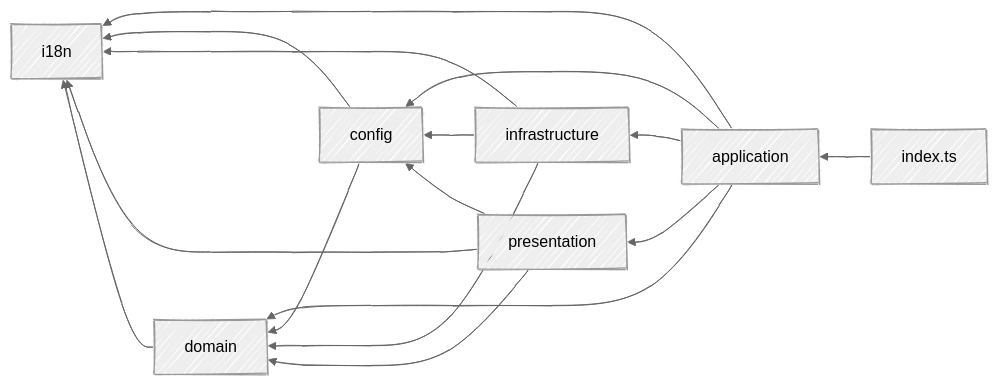
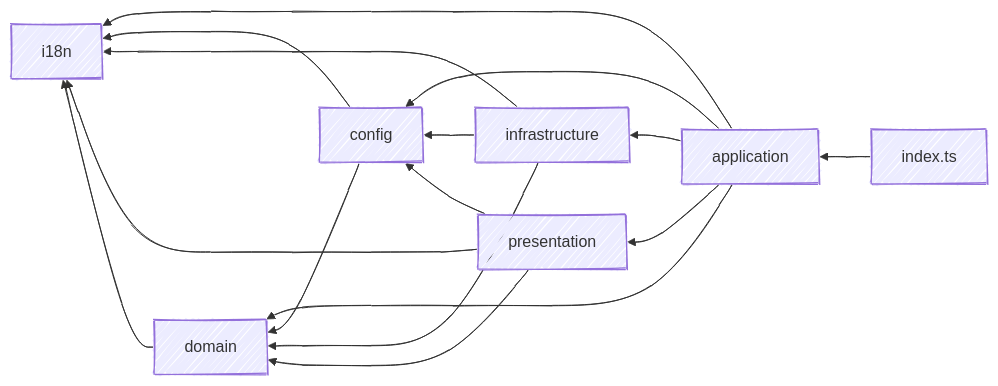
One commit to fbuireu/github-star-tracker changed the diagram in docs/wiki/Architecture.md. Above: the diagram before and after it, drawn with Mermaid. The commit also changed 3 other files, not shown here.

First line of the commit message:
docs: make handDrawn diagrams readable in both colour modes

````diff
--- a/docs/wiki/Architecture.md
+++ b/docs/wiki/Architecture.md
@@ -5,23 +5,22 @@
 ```mermaid
 ---
 config:
   look: handDrawn
-  theme: neutral
 ---
 flowchart RL
     entry["index.ts"] --> application
     application --> config
     application --> domain
     application --> i18n
     application --> infrastructure
     application --> presentation
     config --> domain
     config --> i18n
     infrastructure --> config
     infrastructure --> domain
     infrastructure --> i18n
     presentation --> config
     presentation --> domain
     presentation --> i18n
     domain --> i18n
 ```
````
